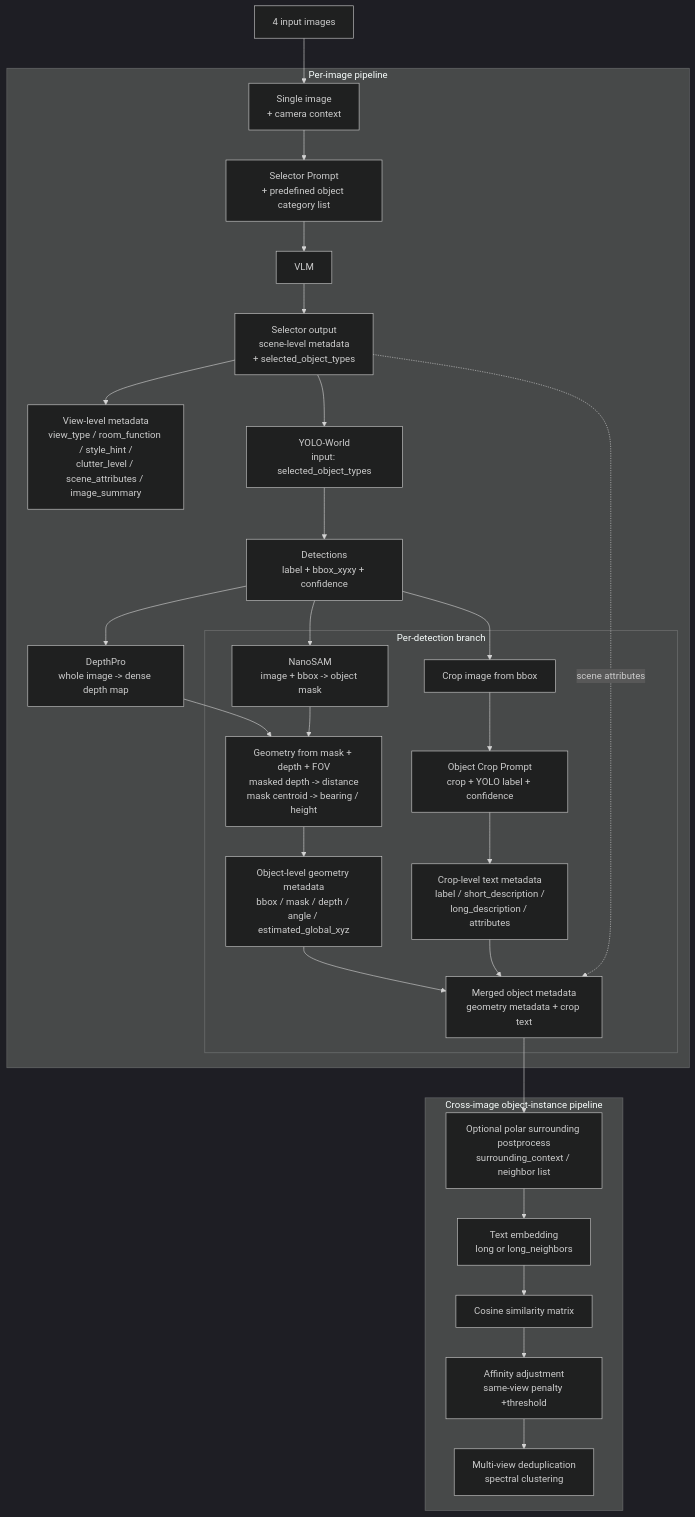
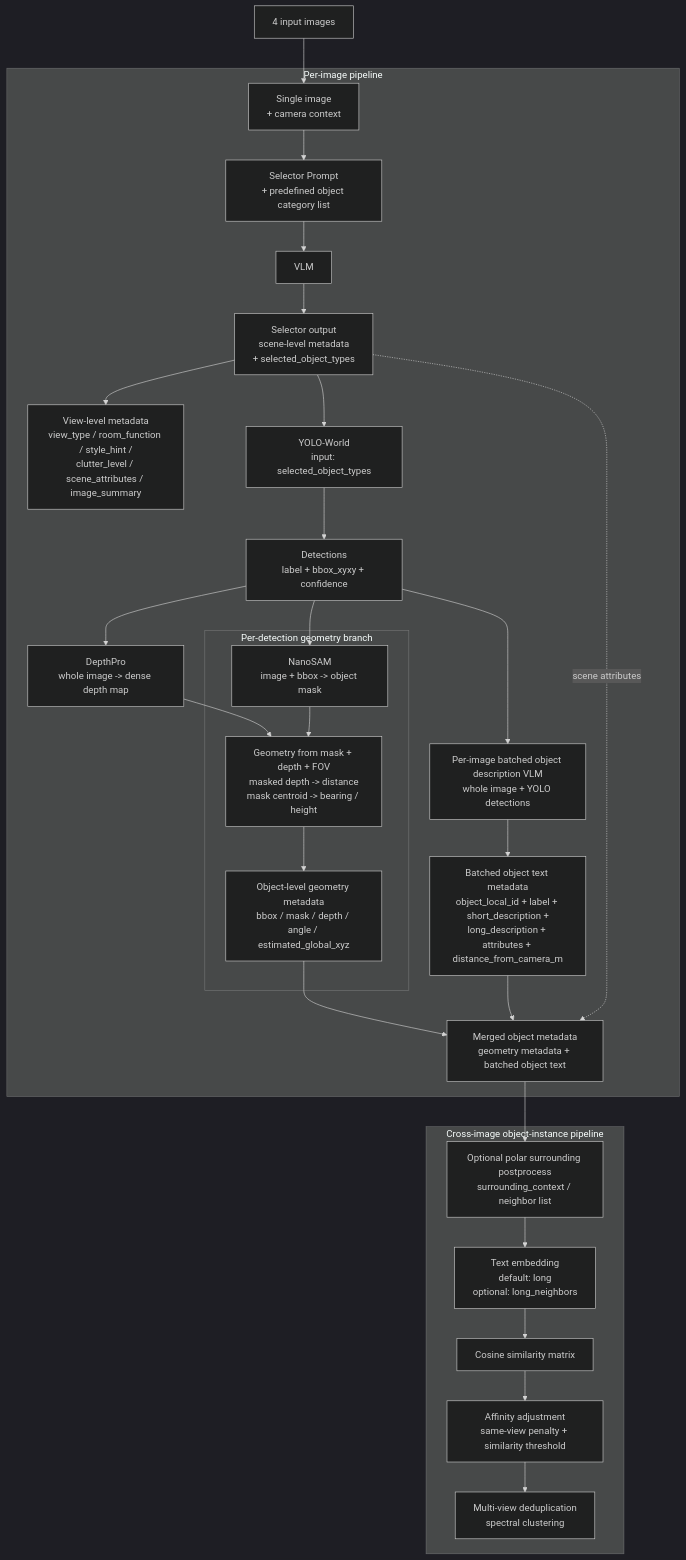
One commit to YuhengLiu6/SpacialRAG changed the first of 2 diagrams in README.md. Above: the diagram before and after it, drawn with Mermaid (dark theme). The commit also changed other lines of this file, not shown here.

````diff
--- a/README.md
+++ b/README.md
@@ -368,57 +368,55 @@
 ```mermaid
 flowchart TD
     A["4 input images"]
 
     subgraph P1["Per-image pipeline"]
         B["Single image<br/>+ camera context"]
         C["Selector Prompt<br/>+ predefined object category list"]
         D["VLM"]
         E["Selector output<br/>scene-level metadata<br/>+ selected_object_types"]
         E2["View-level metadata<br/>view_type / room_function / style_hint /<br/>clutter_level / scene_attributes / image_summary"]
 
         F["YOLO-World<br/>input: selected_object_types"]
         G["Detections<br/>label + bbox_xyxy + confidence"]
+        H["DepthPro<br/>whole image -> dense depth map"]
 
-        J["DepthPro<br/>whole image -> dense depth map"]
+        subgraph P2["Per-detection geometry branch"]
+            I["NanoSAM<br/>image + bbox -> object mask"]
+            J["Geometry from mask + depth + FOV<br/>masked depth -> distance<br/>mask centroid -> bearing / height"]
+            K["Object-level geometry metadata<br/>bbox / mask / depth / angle / estimated_global_xyz"]
+        end
 
-        subgraph P2["Per-detection branch"]
-            H["Crop image from bbox"]
-            I["NanoSAM<br/>image + bbox -> object mask"]
-            K["Geometry from mask + depth + FOV<br/>masked depth -> distance<br/>mask centroid -> bearing / height"]
-            L["Object-level geometry metadata<br/>bbox / mask / depth / angle / estimated_global_xyz"]
-
-            M["Object Crop Prompt<br/>crop + YOLO label + confidence"]
-            N["Crop-level text metadata<br/>label / short_description /<br/>long_description / attributes"]
-
-            O["Merged object metadata<br/>geometry metadata + crop text"]
-        end
+        M["Per-image batched object description VLM<br/>whole image + YOLO detections"]
+        N["Batched object text metadata<br/>object_local_id + label + short_description +<br/>long_description + attributes + distance_from_camera_m"]
+        O["Merged object metadata<br/>geometry metadata + batched object text"]
     end
 
     subgraph P3["Cross-image object-instance pipeline"]
         P["Optional polar surrounding postprocess<br/>surrounding_context / neighbor list"]
-        Q["Text embedding<br/>long or long_neighbors"]
+        Q["Text embedding<br/>default: long<br/>optional: long_neighbors"]
         R["Cosine similarity matrix"]
-        S["Affinity adjustment<br/>same-view penalty +threshold"]
+        S["Affinity adjustment<br/>same-view penalty + similarity threshold"]
         T["Multi-view deduplication<br/>spectral clustering"]
     end
 
     A --> B --> C --> D --> E
     E --> E2
     E --> F
-    G --> J
     F --> G
+    G --> H
 
-    G --> H
     G --> I
+    H --> J
+    I --> J
     J --> K
-    I --> K
-    K --> L
 
-    H --> M --> N
-    L --> O
+    G --> M
+    M --> N
+
+    K --> O
     N --> O
     E -. scene attributes .-> O
 
     O --> P --> Q --> R --> S --> T
 
 ```
````
